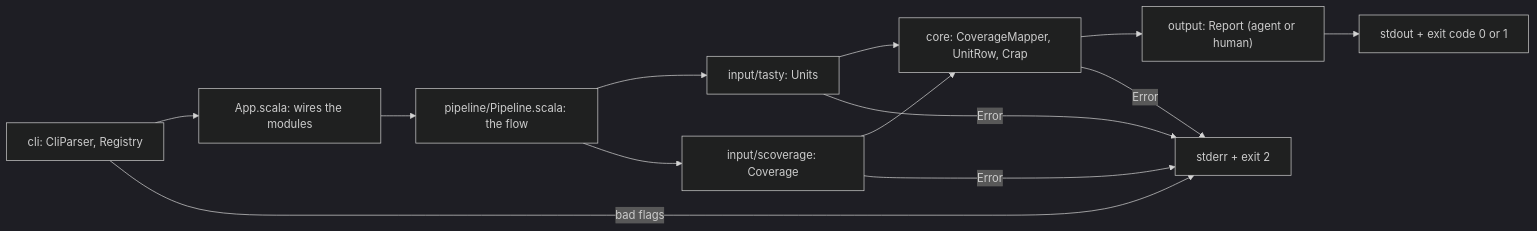
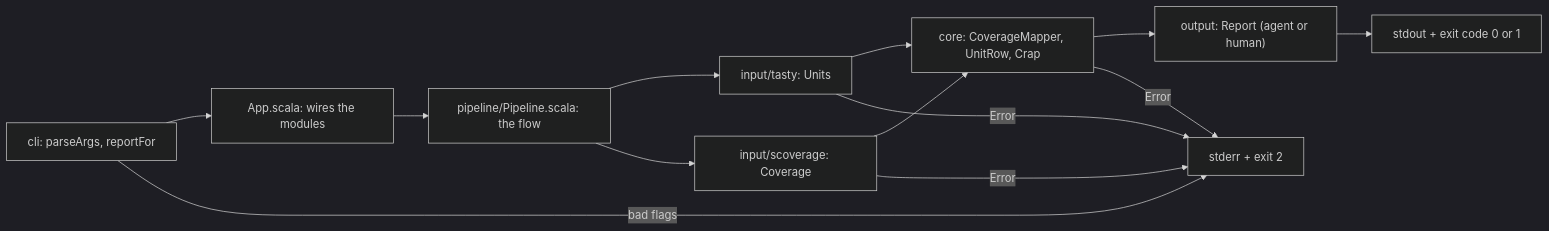
One commit to tomiwu/crap4s changed the diagram in README.md. Above: the diagram before and after it, drawn with Mermaid (dark theme). The commit also changed 43 other files, not shown here.

````diff
--- a/README.md
+++ b/README.md
@@ -48,15 +48,15 @@
 ```mermaid
 flowchart LR
-  CLI["cli: CliParser, Registry"] --> APP["App.scala: wires the modules"]
+  CLI["cli: parseArgs, reportFor"] --> APP["App.scala: wires the modules"]
   APP --> PL["pipeline/Pipeline.scala: the flow"]
   PL --> TASTY["input/tasty: Units"]
   PL --> SCOV["input/scoverage: Coverage"]
   TASTY --> CORE["core: CoverageMapper, UnitRow, Crap"]
   SCOV --> CORE
   CORE --> OUT["output: Report (agent or human)"]
   OUT --> STD[stdout + exit code 0 or 1]
   CLI -- bad flags --> ERR[stderr + exit 2]
   TASTY -- Error --> ERR
   SCOV -- Error --> ERR
   CORE -- Error --> ERR
 ```
````
